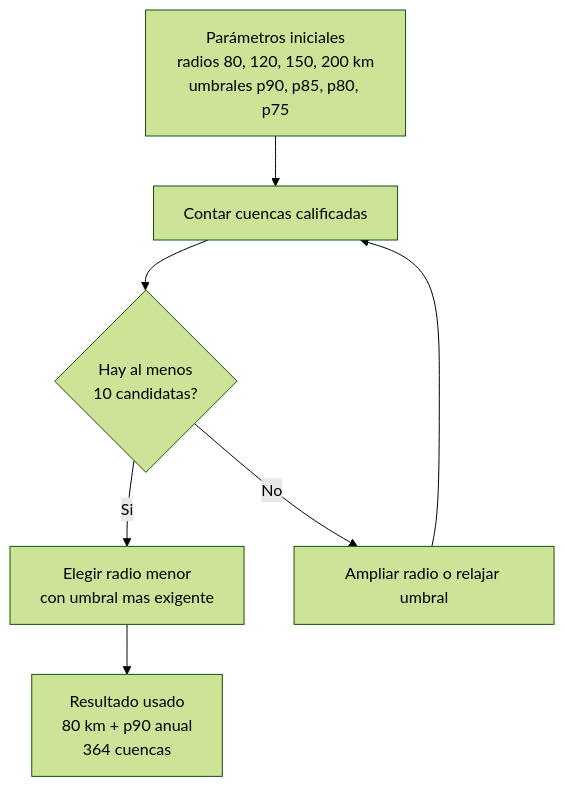
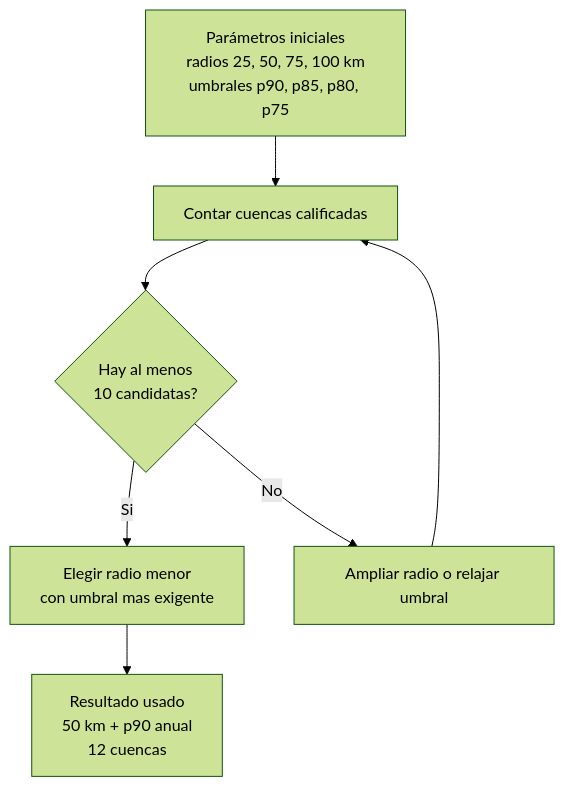
The third of 3 diagrams in jerk.qmd (CIT-UAI/Book-MRCT-RM), drawn with Mermaid (forest theme) before and after one commit. The commit also changed other lines of this file and 153 other files, not shown here.

````diff
--- a/jerk.qmd
+++ b/jerk.qmd
@@ -192,11 +194,11 @@
 ```{mermaid}
 %%| label: fig-ajuste-buffer-jerk
 %%| fig-cap: "Lógica de diagnóstico del buffer operativo y ajuste de parámetros."
 flowchart TB
-  start["Parámetros iniciales<br/>radios 80, 120, 150, 200 km<br/>umbrales p90, p85, p80, p75"] --> count["Contar cuencas calificadas"]
+  start["Parámetros iniciales<br/>radios 25, 50, 75, 100 km<br/>umbrales p90, p85, p80, p75"] --> count["Contar cuencas calificadas"]
   count --> decision{"Hay al menos<br/>10 candidatas?"}
   decision -- "Si" --> choose["Elegir radio menor<br/>con umbral mas exigente"]
   decision -- "No" --> relax["Ampliar radio o relajar umbral"]
   relax --> count
-  choose --> result["Resultado usado<br/>80 km + p90 anual<br/>364 cuencas"]
+  choose --> result["Resultado usado<br/>50 km + p90 anual<br/>12 cuencas"]
 ```
````
